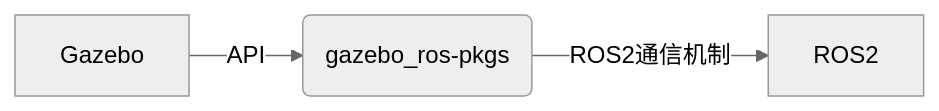
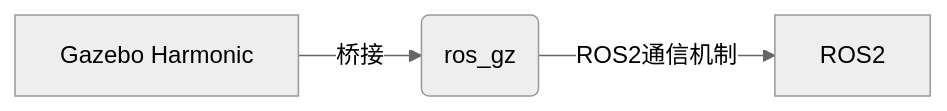
The diagram in docs/jazzy/chapt5/get_started/6.兼容仿真工具-Gazebo.md (hummingg/d2l-ros2), drawn with Mermaid (neutral theme) before and after one commit. The commit also changed other lines of this file and 7 other files, not shown here.

First line of the commit message:
docs(jazzy): 将 Gazebo 章节从经典 Gazebo 11 适配到 Gazebo Harmonic

````diff
--- a/docs/jazzy/chapt5/get_started/6.兼容仿真工具-Gazebo.md
+++ b/docs/jazzy/chapt5/get_started/6.兼容仿真工具-Gazebo.md
@@ -30,5 +30,5 @@
 ```mermaid
 graph LR
-A[Gazebo] -- API --> B(gazebo_ros-pkgs)
+A[Gazebo Harmonic] -- 桥接 --> B(ros_gz)
 B --ROS2通信机制--> C[ROS2]
 ```
````
